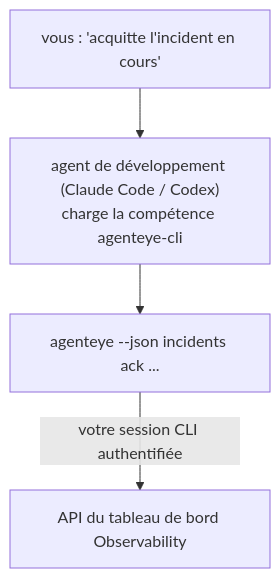
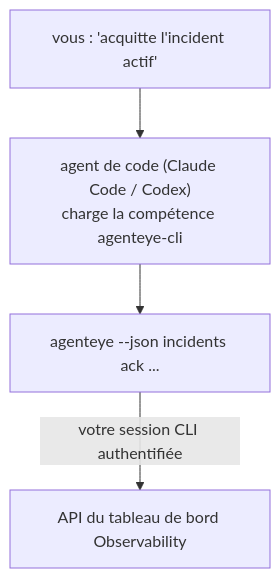
The diagram in docs/fr/agenteye/cli-skill.mdx (GongYuanCaiJi/failproofai), drawn with Mermaid before and after one commit. The commit also changed other lines of this file and 364 other files, not shown here.

````diff
--- a/docs/fr/agenteye/cli-skill.mdx
+++ b/docs/fr/agenteye/cli-skill.mdx
@@ -26,6 +28,6 @@
 ```mermaid
 flowchart TD
-    YOU["vous : 'acquitte l'incident en cours'"] --> AGENT["agent de développement (Claude Code / Codex)<br/>charge la compétence agenteye-cli"]
+    YOU["vous : 'acquitte l'incident actif'"] --> AGENT["agent de code (Claude Code / Codex)<br/>charge la compétence agenteye-cli"]
     AGENT --> CLI["agenteye --json incidents ack ..."]
     CLI -->|votre session CLI authentifiée| API["API du tableau de bord Observability"]
 ```
````
